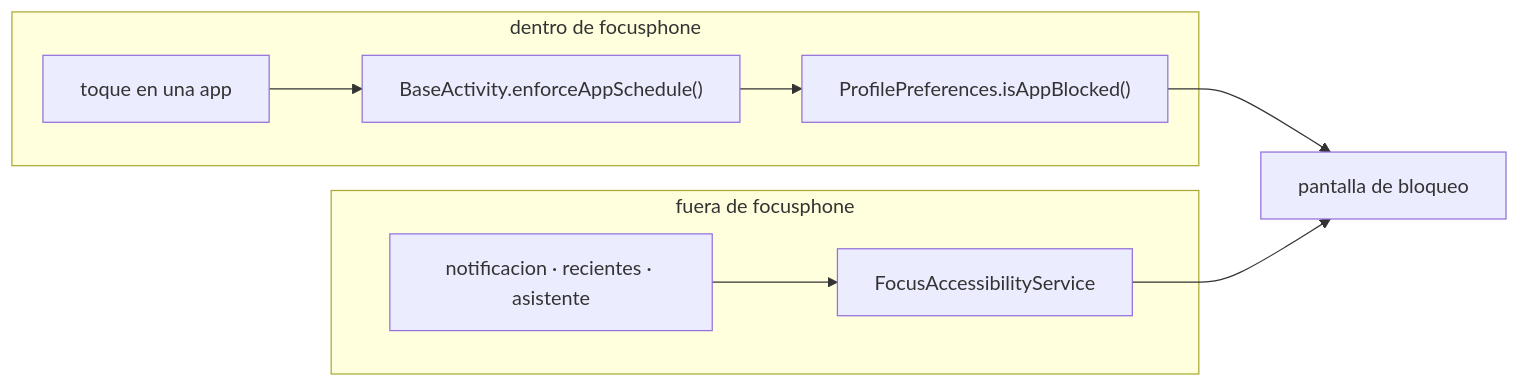
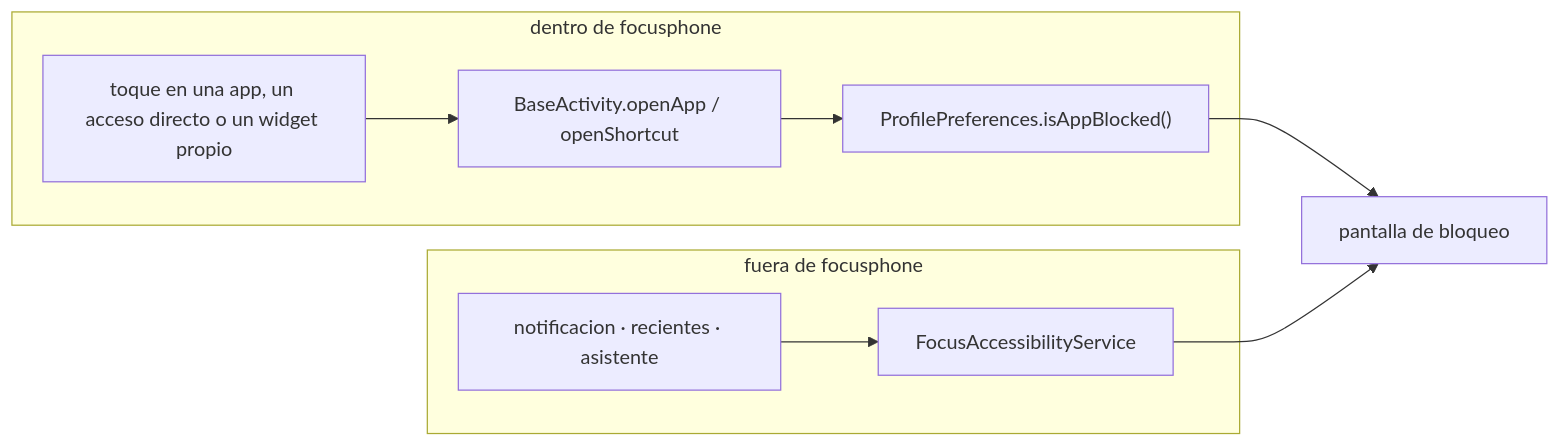
One commit to rezzt-dev/focusphone-app changed the second of 2 diagrams in documentation/es/desarrolladores/09-servicios-del-sistema.md. Above: the diagram before and after it, drawn with Mermaid. The commit also changed other lines of this file and 42 other files, not shown here.

````diff
--- a/documentation/es/desarrolladores/09-servicios-del-sistema.md
+++ b/documentation/es/desarrolladores/09-servicios-del-sistema.md
@@ -199,12 +208,12 @@
 ```mermaid
 flowchart LR
     subgraph DENTRO["dentro de focusphone"]
-        A["toque en una app"] --> B["BaseActivity.enforceAppSchedule()"]
+        A["toque en una app, un acceso directo o un widget propio"] --> B["BaseActivity.openApp / openShortcut"]
         B --> C["ProfilePreferences.isAppBlocked()"]
     end
     subgraph FUERA["fuera de focusphone"]
         D["notificacion · recientes · asistente"] --> E["FocusAccessibilityService"]
     end
     C --> F["pantalla de bloqueo"]
     E --> F
 ```
````
